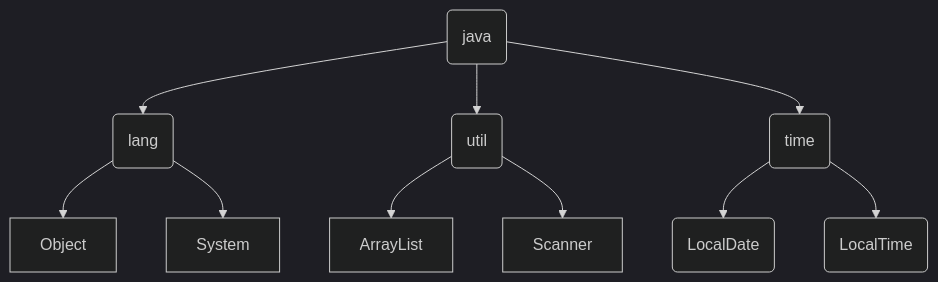
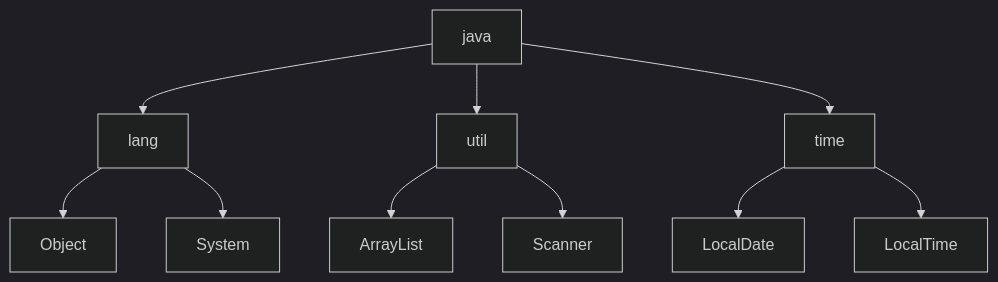
Before and after one commit to jappuccini/java-docs: the diagram in docs/documentation/class-structure.mdx, drawn with Mermaid (dark theme). The commit also changed 26 other files, not shown here.

Commit message:
Update Mermaid Format

````diff
--- a/docs/documentation/class-structure.mdx
+++ b/docs/documentation/class-structure.mdx
@@ -168,12 +168,12 @@
 ```mermaid
 flowchart
-    java(java) --> lang(lang)
-    java --> util(util)
-    java --> time(time)
-    lang --> object[Object]
-    lang --> system[System]
-    util --> arraylist[ArrayList]
-    util --> scanner[Scanner]
-    time --> localdate(LocalDate)
-    time --> localtime(LocalTime)
+   java[java] --> lang[lang]
+   java --> util[util]
+   java --> time[time]
+   lang --> object[Object]
+   lang --> system[System]
+   util --> arraylist[ArrayList]
+   util --> scanner[Scanner]
+   time --> localdate[LocalDate]
+   time --> localtime[LocalTime]
 ```
````
